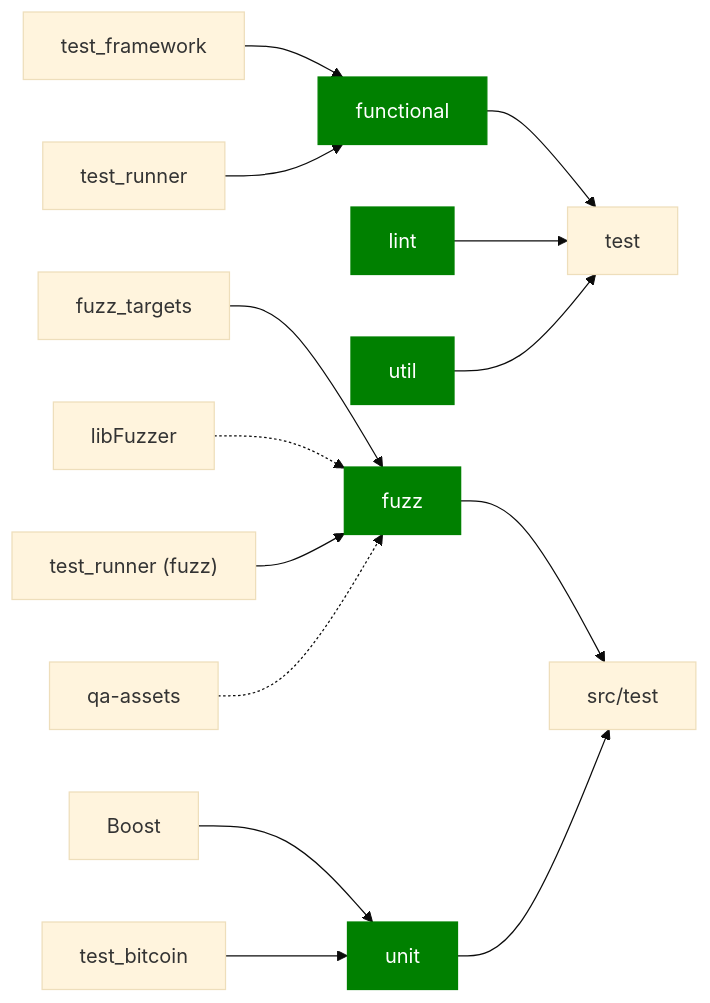
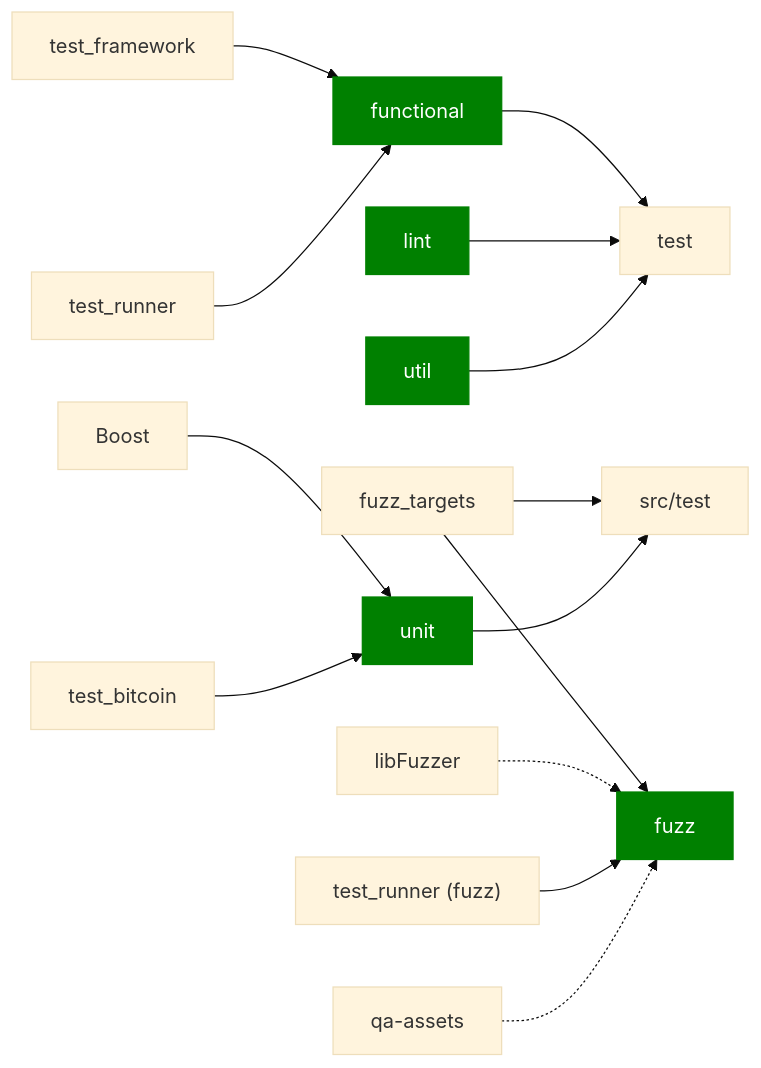
The diagram in tests-overview.adoc (chaincodelabs/onboarding-to-bitcoin-core), drawn with Mermaid (base theme) before and after one commit. The commit also changed other lines of this file, not shown here.

Commit message:
update fuzzer file location and test diagrams

```diff
--- a/tests-overview.adoc
+++ b/tests-overview.adoc
@@ -44,23 +44,23 @@
 [mermaid, target=bitcoin-core-tests]
 ....
 flowchart LR
     TR1[test_runner]
     functional --> test
     lint --> test
     util --> test
     test_framework --> functional
     TR1 --> functional
 
     TR2["test_runner (fuzz)"]
     fuzz_targets --> fuzz
-    fuzz --> src/test
+    fuzz_targets --> src/test
     libFuzzer -.-> fuzz
     TR2 --> fuzz
     qa-assets -.-> fuzz
     unit --> src/test
     Boost --> unit
     test_bitcoin --> unit
 
     classDef types fill:green,color:white,stroke:green;
     class functional,lint,util,fuzz,unit types
 ....
```
